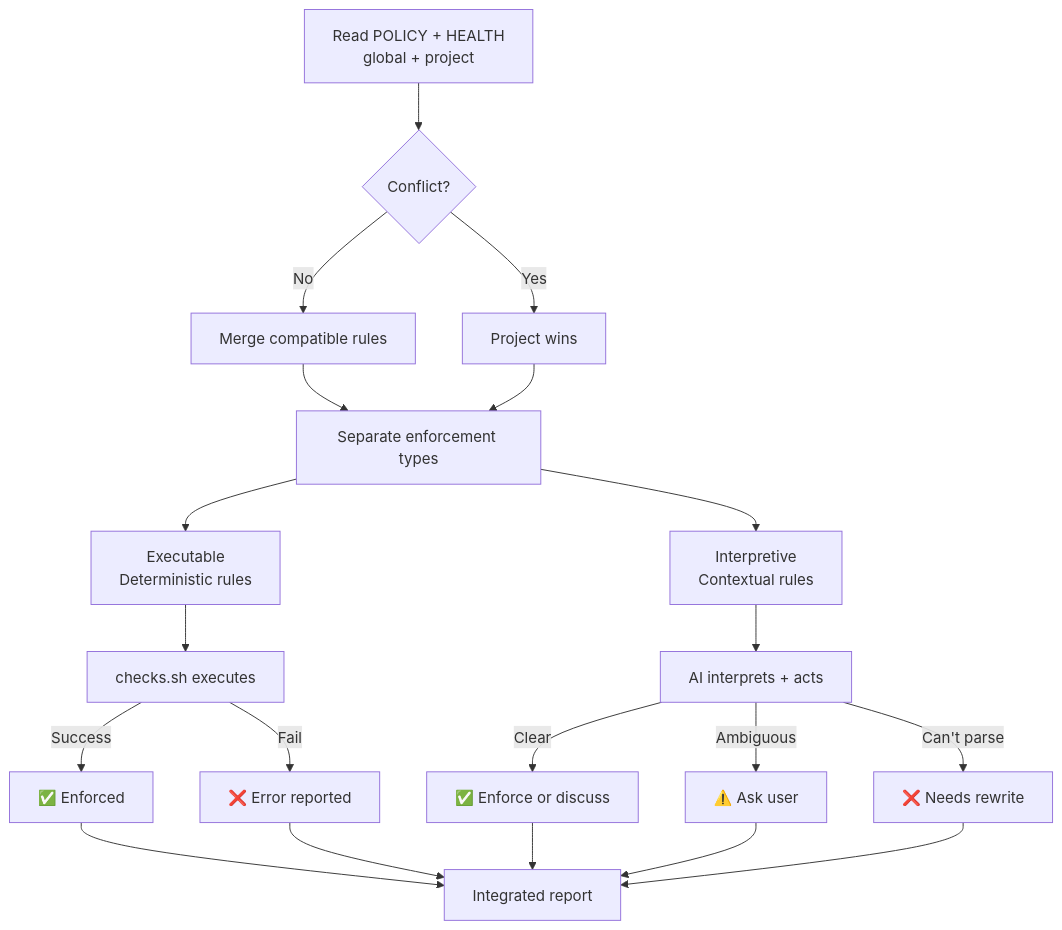
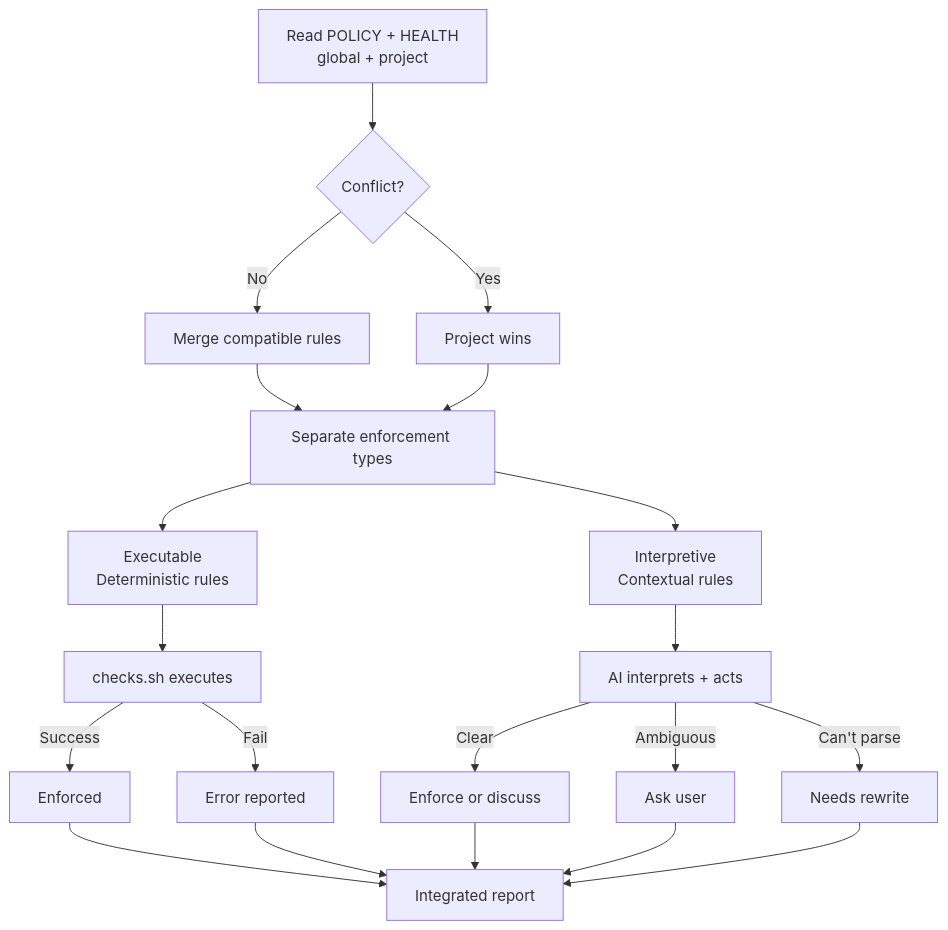
The first of 4 diagrams in skills/skills/nonlinear/backstage/SKILL.md (Dawgomatic/Xagent), drawn with Mermaid before and after one commit. The commit also changed other lines of this file and 18009 other files, not shown here.

````diff
--- a/skills/skills/nonlinear/backstage/SKILL.md
+++ b/skills/skills/nonlinear/backstage/SKILL.md
@@ -69,46 +69,46 @@
 ```mermaid
 flowchart TD
     START[Read POLICY + HEALTH<br/>global + project]
     CONFLICT{Conflict?}
     MERGE[Merge compatible rules]
     PROJECT[Project wins]
     
     SEPARATE[Separate enforcement types]
     EXEC[Executable<br/>Deterministic rules]
     INTERP[Interpretive<br/>Contextual rules]
     
     SH[checks.sh executes]
-    SH_OK[✅ Enforced]
-    SH_FAIL[❌ Error reported]
+    SH_OK[ Enforced]
+    SH_FAIL[ Error reported]
     
     AI[AI interprets + acts]
-    AI_ACT[✅ Enforce or discuss]
-    AI_AMBIG[⚠️ Ask user]
-    AI_FAIL[❌ Needs rewrite]
+    AI_ACT[ Enforce or discuss]
+    AI_AMBIG[ Ask user]
+    AI_FAIL[ Needs rewrite]
     
     REPORT[Integrated report]
     
     START --> CONFLICT
     CONFLICT -->|No| MERGE
     CONFLICT -->|Yes| PROJECT
     MERGE --> SEPARATE
     PROJECT --> SEPARATE
     
     SEPARATE --> EXEC
     SEPARATE --> INTERP
     
     EXEC --> SH
     SH -->|Success| SH_OK
     SH -->|Fail| SH_FAIL
     
     INTERP --> AI
     AI -->|Clear| AI_ACT
     AI -->|Ambiguous| AI_AMBIG
     AI -->|Can't parse| AI_FAIL
     
     SH_OK --> REPORT
     SH_FAIL --> REPORT
     AI_ACT --> REPORT
     AI_AMBIG --> REPORT
     AI_FAIL --> REPORT
 ```
````
